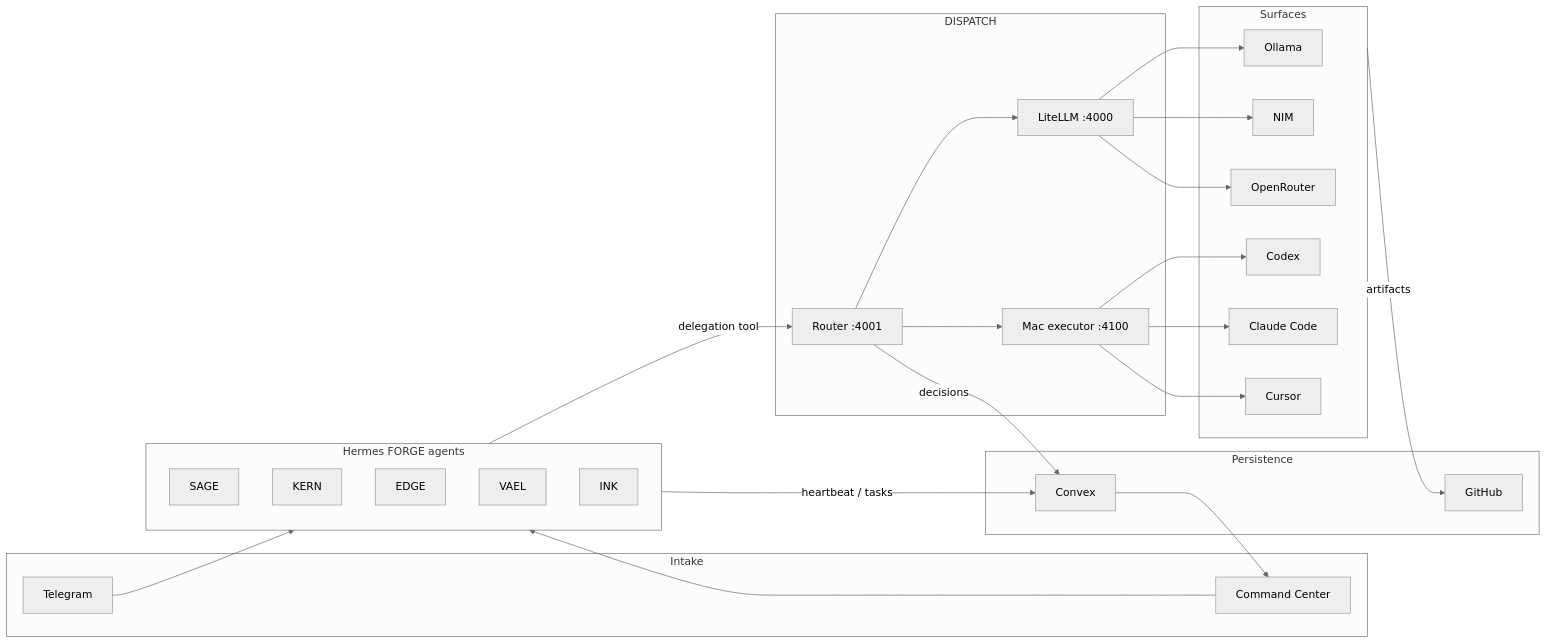
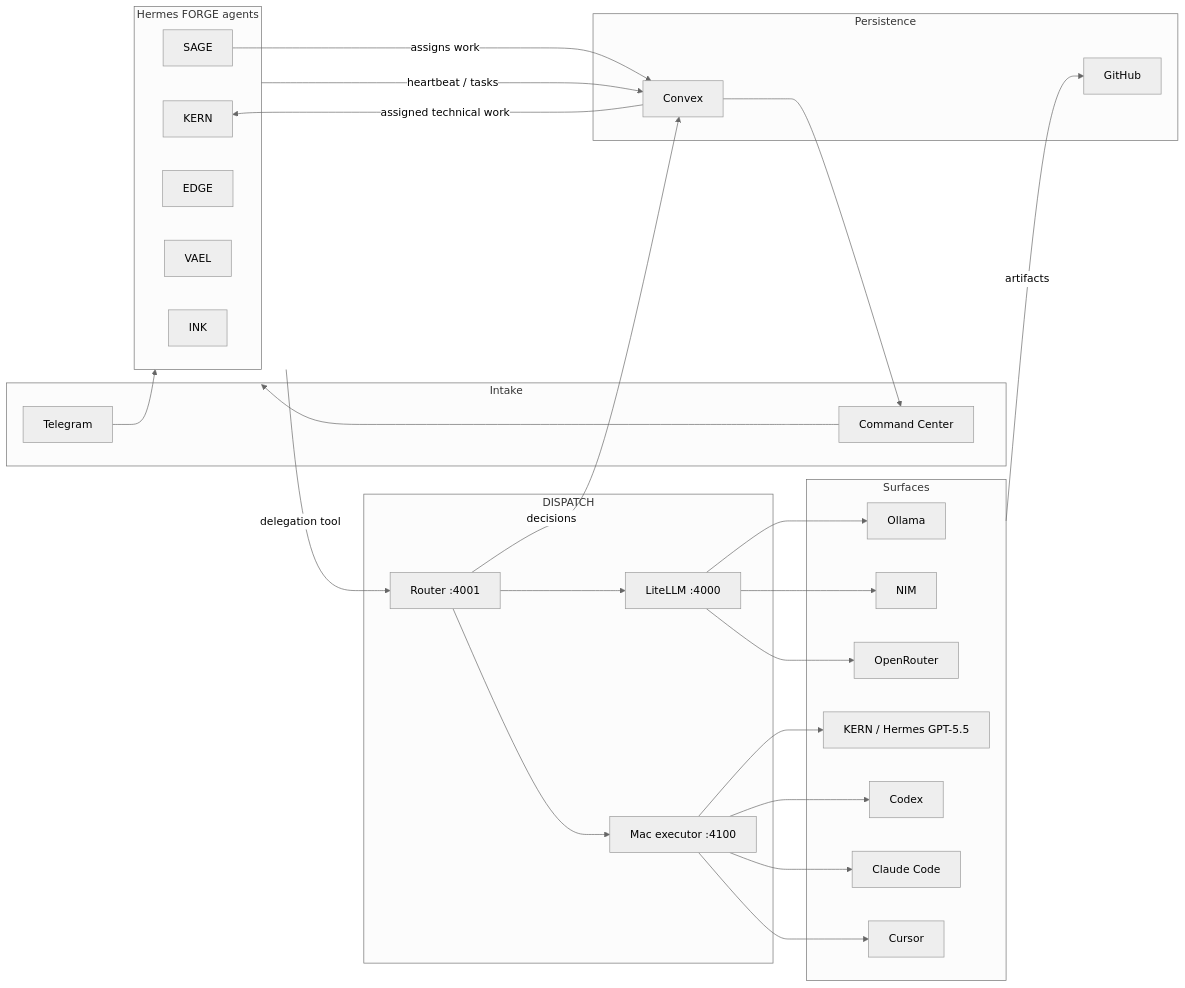
One commit to ZZYXX-CC/Forge-Command-center- changed the diagram in docs/FORGE_NATIVE_EXECUTION_PLAN.md. Above: the diagram before and after it, drawn with Mermaid (neutral theme). The commit also changed other lines of this file, not shown here.

Commit message:
docs: solidify FORGE work execution plan

````diff
--- a/docs/FORGE_NATIVE_EXECUTION_PLAN.md
+++ b/docs/FORGE_NATIVE_EXECUTION_PLAN.md
@@ -19,42 +19,45 @@
 ```mermaid
 flowchart LR
   subgraph intake["Intake"]
     TG[Telegram]
     CC[Command Center]
   end
   subgraph fleet["Hermes FORGE agents"]
     SAGE[SAGE]
     KERN[KERN]
     EDGE[EDGE]
     VAEL[VAEL]
     INK[INK]
   end
   subgraph route["DISPATCH"]
     R[Router :4001]
     L[LiteLLM :4000]
     E[Mac executor :4100]
   end
   subgraph surfaces["Surfaces"]
     OLL[Ollama]
     NIM[NIM]
     OR[OpenRouter]
+    KX[KERN / Hermes GPT-5.5]
     CCX[Codex]
     CL[Claude Code]
     CU[Cursor]
   end
   subgraph persist["Persistence"]
     CVX[Convex]
     GH[GitHub]
   end
   TG --> fleet
   CC --> fleet
+  SAGE -->|assigns work| CVX
+  CVX -->|assigned technical work| KERN
   fleet -->|delegation tool| R
   R --> L
   R --> E
   L --> OLL & NIM & OR
-  E --> CCX & CL & CU
+  E --> KX & CCX & CL & CU
   R -->|decisions| CVX
   fleet -->|heartbeat / tasks| CVX
   surfaces -->|artifacts| GH
   CVX --> CC
 ```
````
